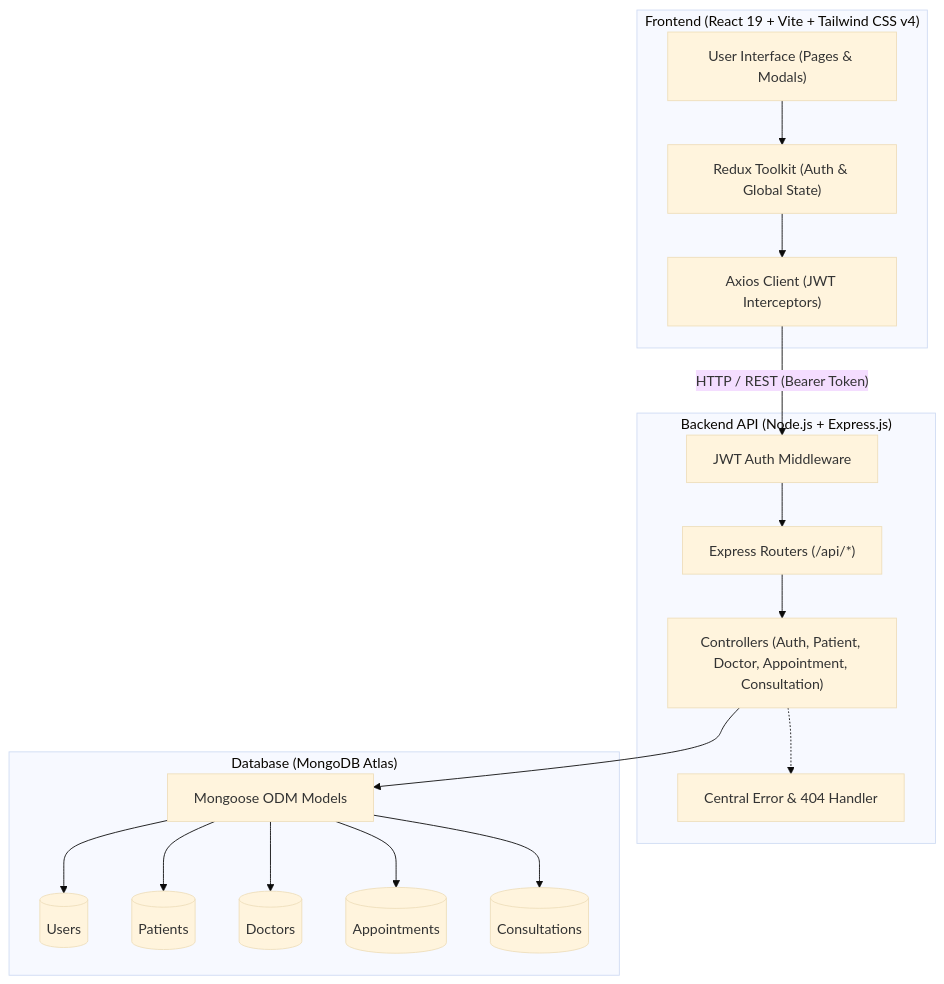
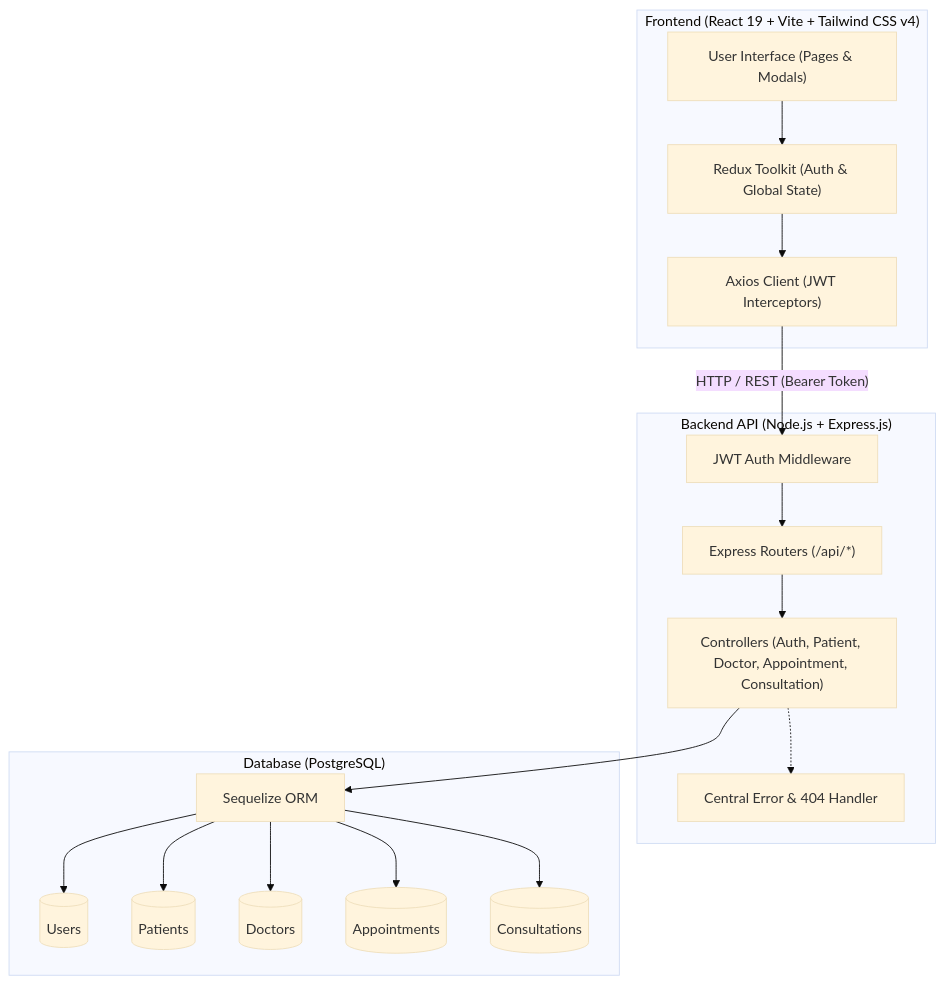
The diagram in README.md (Manthan29-code/ClinicFlow), drawn with Mermaid (base theme) before and after one commit. The commit also changed other lines of this file and 24 other files, not shown here.

Commit message:
feat: implement backend database migration from MongoDB to PostgreSQL using Sequelize

````diff
--- a/README.md
+++ b/README.md
@@ -56,38 +56,38 @@
 ```mermaid
 flowchart TD
     subgraph Client["Frontend (React 19 + Vite + Tailwind CSS v4)"]
         UI["User Interface (Pages & Modals)"]
         Redux["Redux Toolkit (Auth & Global State)"]
         Axios["Axios Client (JWT Interceptors)"]
         UI --> Redux
         Redux --> Axios
     end
 
     subgraph Server["Backend API (Node.js + Express.js)"]
         AuthMiddleware["JWT Auth Middleware"]
         Router["Express Routers (/api/*)"]
         Controllers["Controllers (Auth, Patient, Doctor, Appointment, Consultation)"]
         ErrorMiddleware["Central Error & 404 Handler"]
         
         Axios -- "HTTP / REST (Bearer Token)" --> AuthMiddleware
         AuthMiddleware --> Router
         Router --> Controllers
         Controllers -.-> ErrorMiddleware
     end
 
-    subgraph Database["Database (MongoDB Atlas)"]
-        Mongoose["Mongoose ODM Models"]
+    subgraph Database["Database (PostgreSQL)"]
+        Sequelize["Sequelize ORM"]
         UserCol[("Users")]
         PatientCol[("Patients")]
         DoctorCol[("Doctors")]
         ApptCol[("Appointments")]
         ConsultCol[("Consultations")]
         
-        Controllers --> Mongoose
-        Mongoose --> UserCol
-        Mongoose --> PatientCol
-        Mongoose --> DoctorCol
-        Mongoose --> ApptCol
-        Mongoose --> ConsultCol
+        Controllers --> Sequelize
+        Sequelize --> UserCol
+        Sequelize --> PatientCol
+        Sequelize --> DoctorCol
+        Sequelize --> ApptCol
+        Sequelize --> ConsultCol
     end
 ```
````
